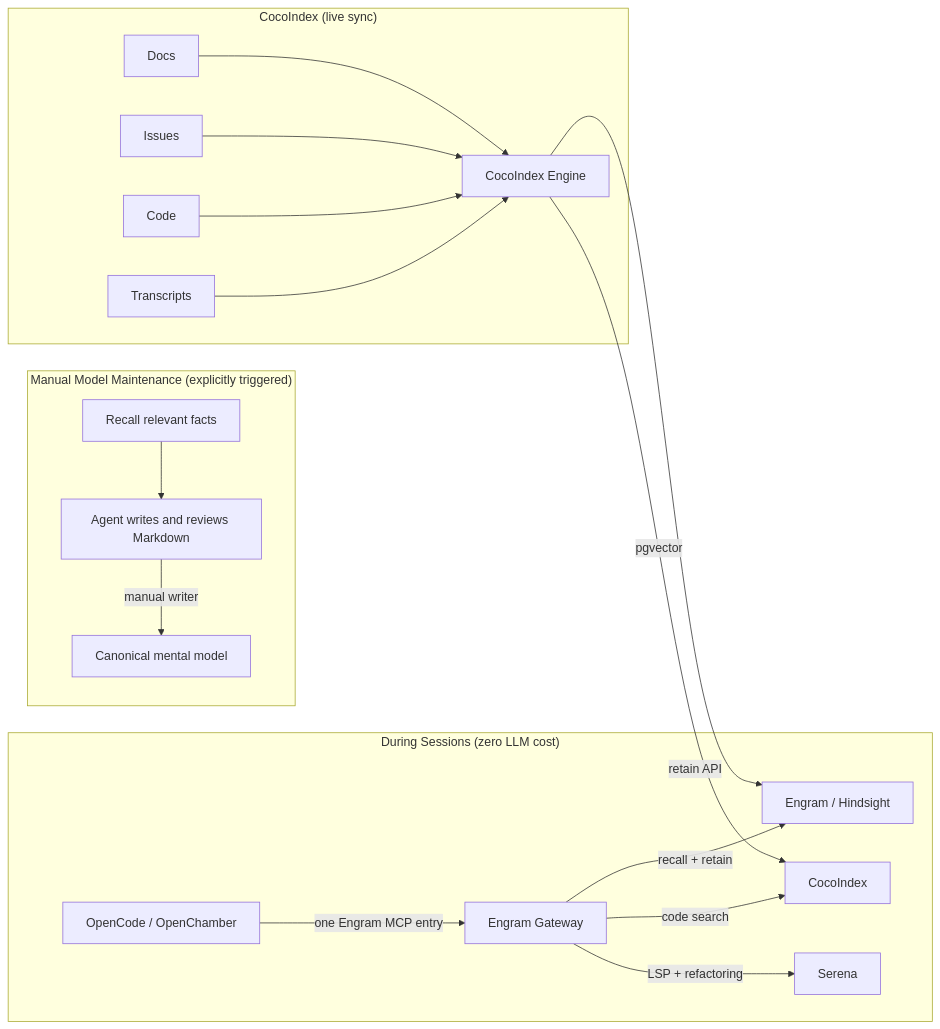
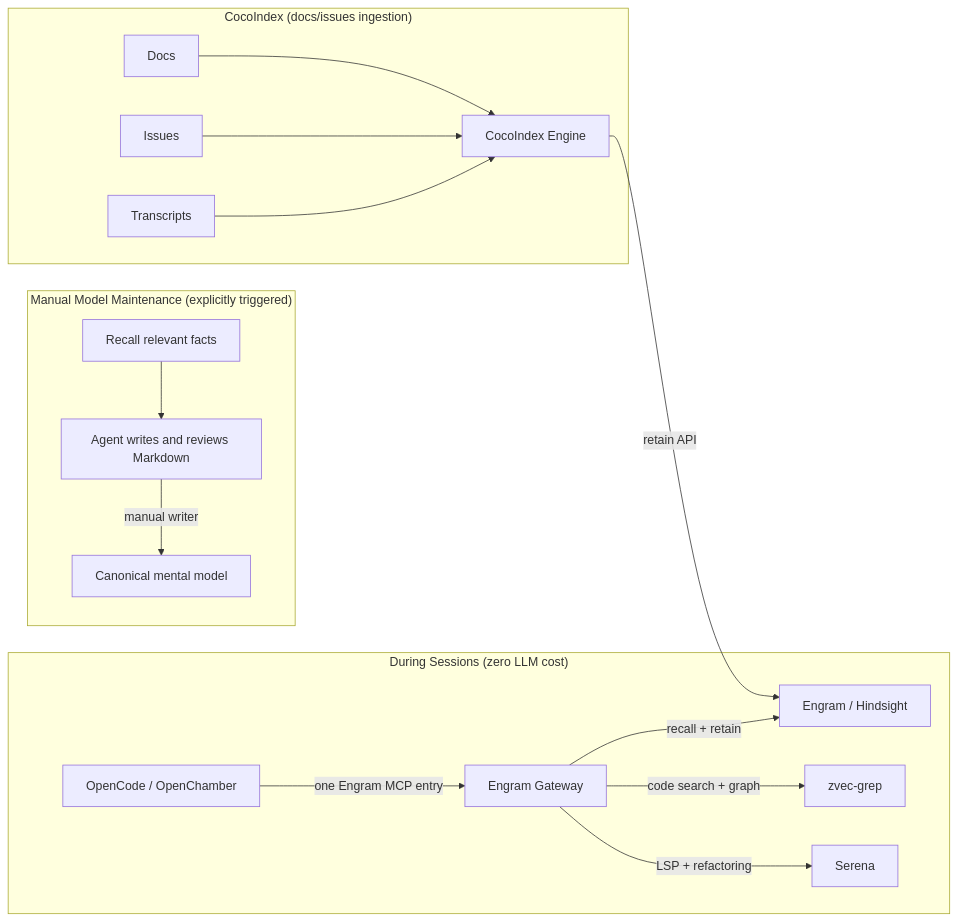
Before and after one commit to jordigilh/engram: the first of 2 diagrams in README.md, drawn with Mermaid. The commit also changed other lines of this file and 6 other files, not shown here.

Commit message:
docs: describe Cocoindex as ingestion-only and zvec-grep as code backend (#210)

````diff
--- a/README.md
+++ b/README.md
@@ -22,23 +22,21 @@
 ```mermaid
 flowchart LR
     subgraph session["During Sessions (zero LLM cost)"]
         A[OpenCode / OpenChamber] -->|one Engram MCP entry| G[Engram Gateway]
         G -->|recall + retain| B[Engram / Hindsight]
-        G -->|code search| CI_MCP[CocoIndex]
+        G -->|code search + graph| ZG[zvec-grep]
         G -->|LSP + refactoring| S[Serena]
     end
 
     subgraph ondemand["Manual Model Maintenance (explicitly triggered)"]
         C[Recall relevant facts] --> D["Agent writes and reviews Markdown"]
         D -->|manual writer| E["Canonical mental model"]
     end
 
-    subgraph cocoindex["CocoIndex (live sync)"]
+    subgraph cocoindex["CocoIndex (docs/issues ingestion)"]
         docs_src[Docs] --> CI[CocoIndex Engine]
         issues_src[Issues] --> CI
-        code_src[Code] --> CI
         transcripts_src[Transcripts] --> CI
         CI -->|"retain API"| B
-        CI -->|"pgvector"| CI_MCP
     end
 ```
````
